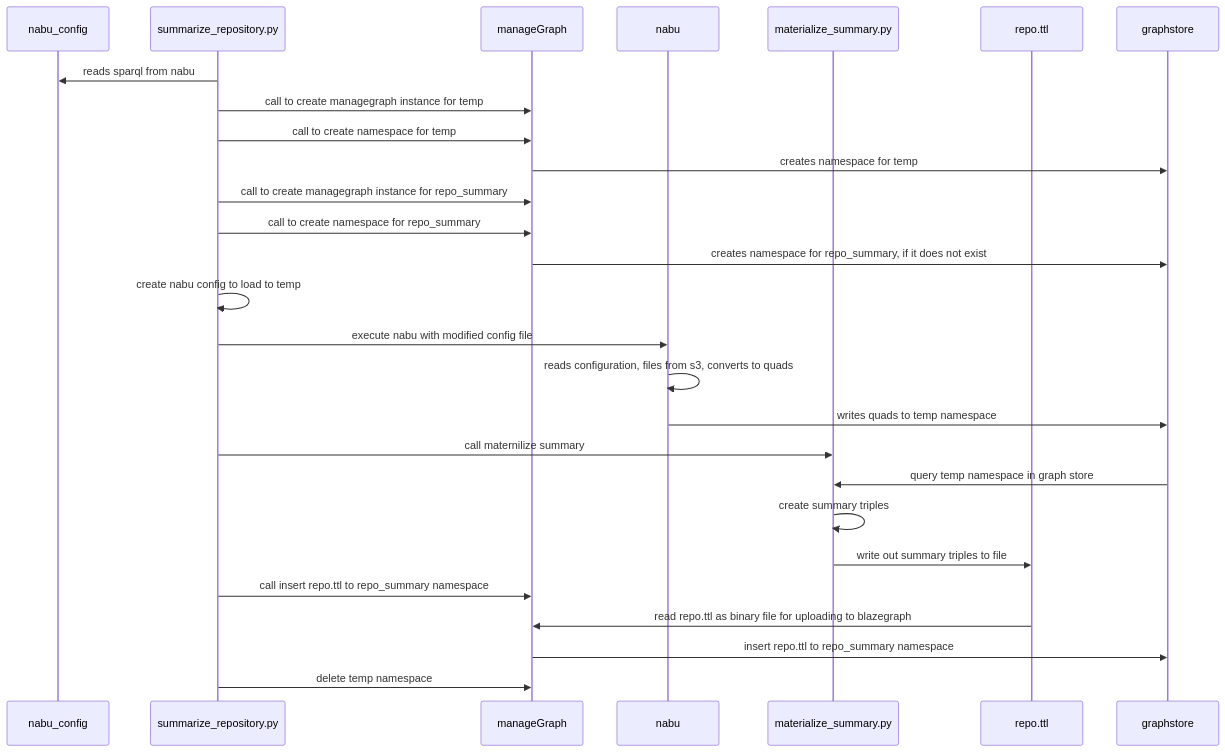
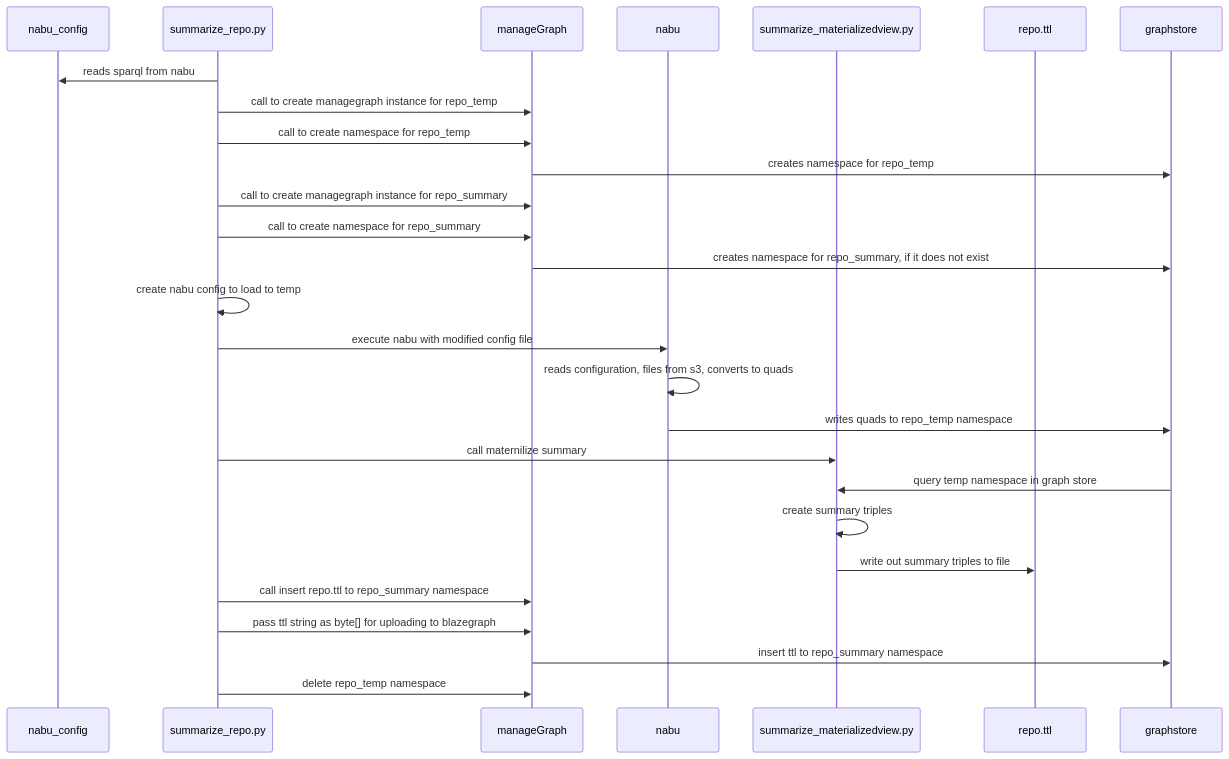
Before and after one commit to earthcube/earthcube_utilities: the diagram in summarize/v2_proposal.md, drawn with Mermaid. The commit also changed other lines of this file and 1 other file, not shown here.

Commit message:
Summarize codebase with tests Adding Pycharm Run Configurations

````diff
--- a/summarize/v2_proposal.md
+++ b/summarize/v2_proposal.md
@@ -56,34 +56,34 @@
 ```mermaid
 sequenceDiagram
     participant nabu_config
-    participant summarize_repository.py
+    participant summarize_repo.py
     participant manageGraph
     participant nabu
-    participant materialize_summary.py
+    participant summarize_materializedview.py
     participant repo.ttl
     participant graphstore
 
     
-    summarize_repository.py->>nabu_config: reads sparql from nabu
-    summarize_repository.py->>manageGraph: call to create managegraph instance for temp 
-        summarize_repository.py->>manageGraph: call to create namespace for temp 
-    manageGraph->>graphstore: creates namespace  for temp
+    summarize_repo.py->>nabu_config: reads sparql from nabu
+    summarize_repo.py->>manageGraph: call to create managegraph instance for repo_temp 
+    summarize_repo.py->>manageGraph: call to create namespace for repo_temp 
+    manageGraph->>graphstore: creates namespace  for repo_temp
 
-    summarize_repository.py->>manageGraph: call to create managegraph instance for repo_summary 
-            summarize_repository.py->>manageGraph: call to create namespace for repo_summary
+    summarize_repo.py->>manageGraph: call to create managegraph instance for repo_summary 
+    summarize_repo.py->>manageGraph: call to create namespace for repo_summary
             
     manageGraph->>graphstore: creates namespace  for repo_summary, if it does not exist
-    summarize_repository.py->>summarize_repository.py: create nabu config to load to temp  
-    summarize_repository.py->>nabu:  execute nabu with modified config file
+    summarize_repo.py->>summarize_repo.py: create nabu config to load to temp  
+    summarize_repo.py->>nabu:  execute nabu with modified config file
     nabu->>nabu:  reads configuration, files from s3, converts to quads 
-    nabu->>graphstore:  writes quads to temp namespace
-    summarize_repository.py->>materialize_summary.py: call maternilize summary
-    graphstore->>materialize_summary.py: query temp namespace in graph store
-    materialize_summary.py->>materialize_summary.py: create summary triples
-    materialize_summary.py->>repo.ttl: write out summary triples to file
-    summarize_repository.py->>manageGraph: call insert repo.ttl to repo_summary namespace
-    repo.ttl->>manageGraph: read repo.ttl as binary file for uploading to blazegraph
-    manageGraph->>graphstore: insert repo.ttl to repo_summary namespace
-    summarize_repository.py->>manageGraph: delete temp namespace
+    nabu->>graphstore:  writes quads to repo_temp namespace
+    summarize_repo.py->>summarize_materializedview.py: call maternilize summary
+    graphstore->>summarize_materializedview.py: query temp namespace in graph store
+    summarize_materializedview.py->>summarize_materializedview.py: create summary triples
+    summarize_materializedview.py->>repo.ttl: write out summary triples to file
+    summarize_repo.py->>manageGraph: call insert repo.ttl to repo_summary namespace
+    summarize_repo.py->>manageGraph: pass  ttl string as byte[] for uploading to blazegraph
+    manageGraph->>graphstore: insert ttl to repo_summary namespace
+    summarize_repo.py->>manageGraph: delete repo_temp namespace
     
 ```
````
